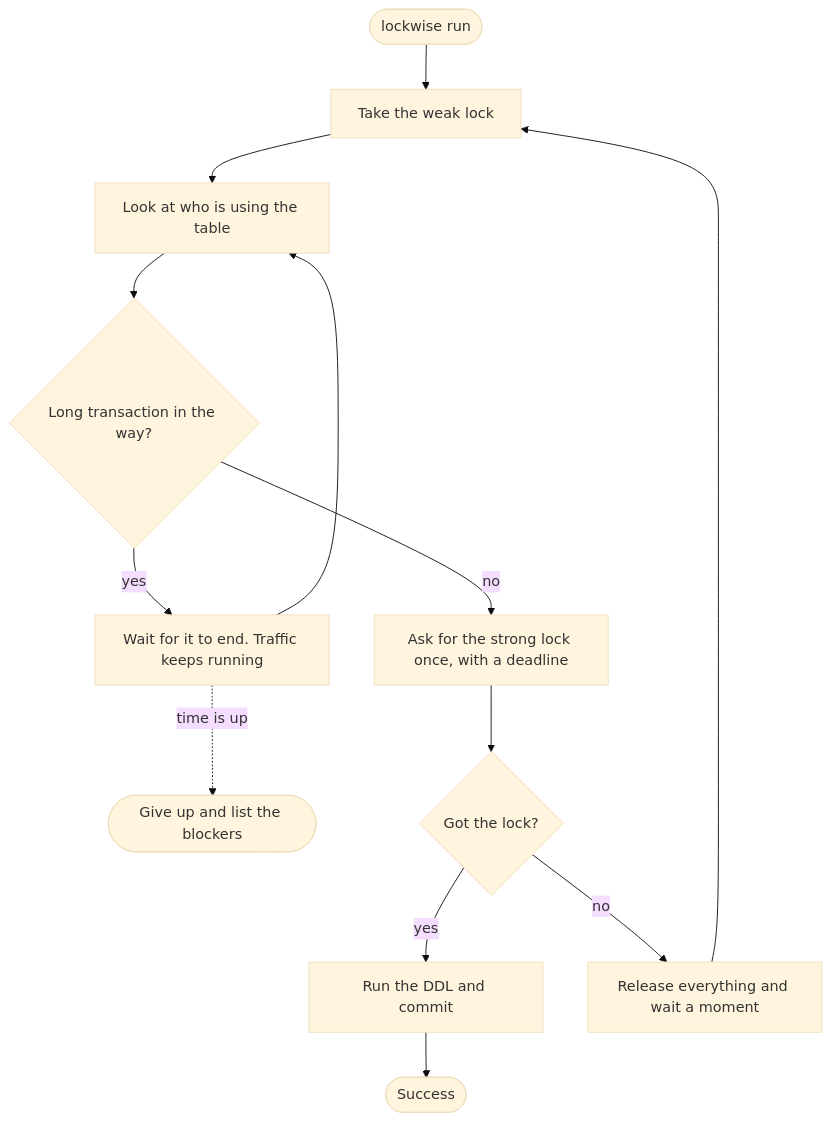
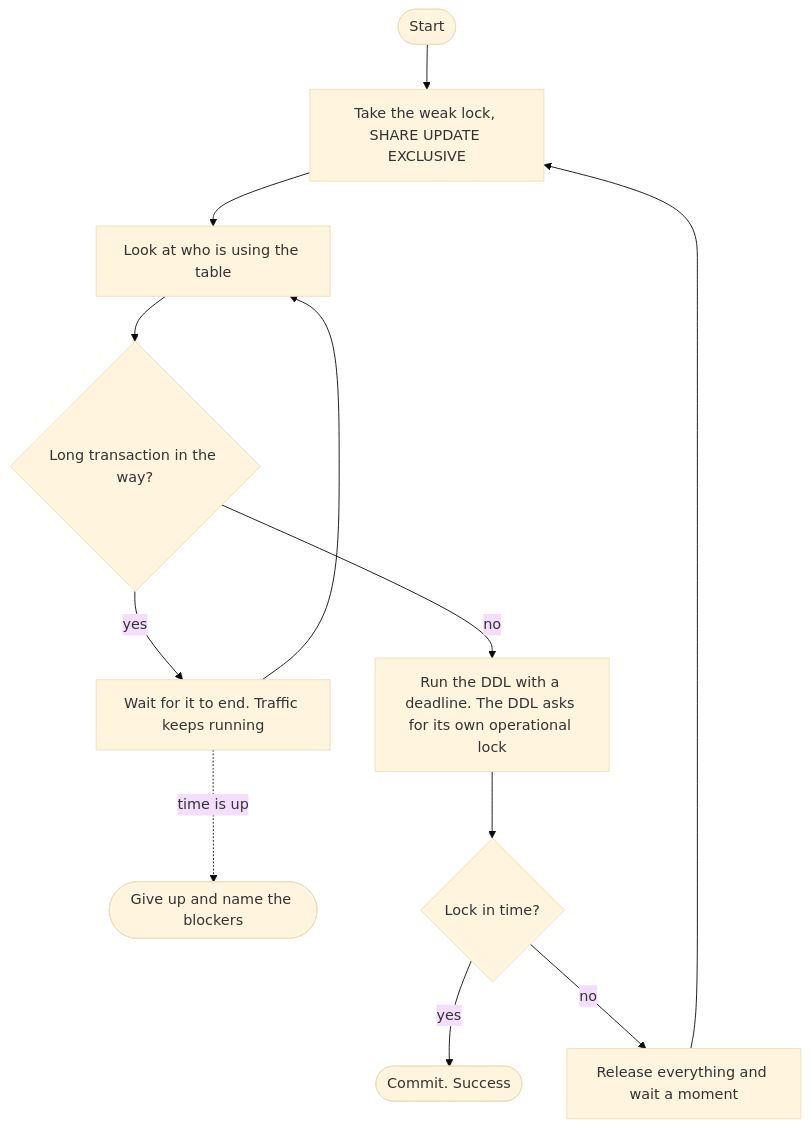
Before and after one commit to leobagua/lockwise: the diagram in README.md, drawn with Mermaid (base theme). The commit also changed other lines of this file, not shown here.

````diff
--- a/README.md
+++ b/README.md
@@ -49,15 +49,14 @@
 ```mermaid
 flowchart TD
-    start([lockwise run]) --> weak[Take the weak lock]
+    start([Start]) --> weak[Take the weak lock, SHARE UPDATE EXCLUSIVE]
     weak --> look[Look at who is using the table]
     look --> long{Long transaction in the way?}
     long -- yes --> wait[Wait for it to end. Traffic keeps running]
     wait --> look
-    wait -. time is up .-> gaveup([Give up and list the blockers])
-    long -- no --> strong[Ask for the strong lock once, with a deadline]
-    strong --> got{Got the lock?}
-    got -- yes --> ddl[Run the DDL and commit]
-    ddl --> done([Success])
+    wait -. time is up .-> gaveup([Give up and name the blockers])
+    long -- no --> ddl[Run the DDL with a deadline. The DDL asks for its own operational lock]
+    ddl --> got{Lock in time?}
+    got -- yes --> done([Commit. Success])
     got -- no --> release[Release everything and wait a moment]
     release --> weak
 ```
````
